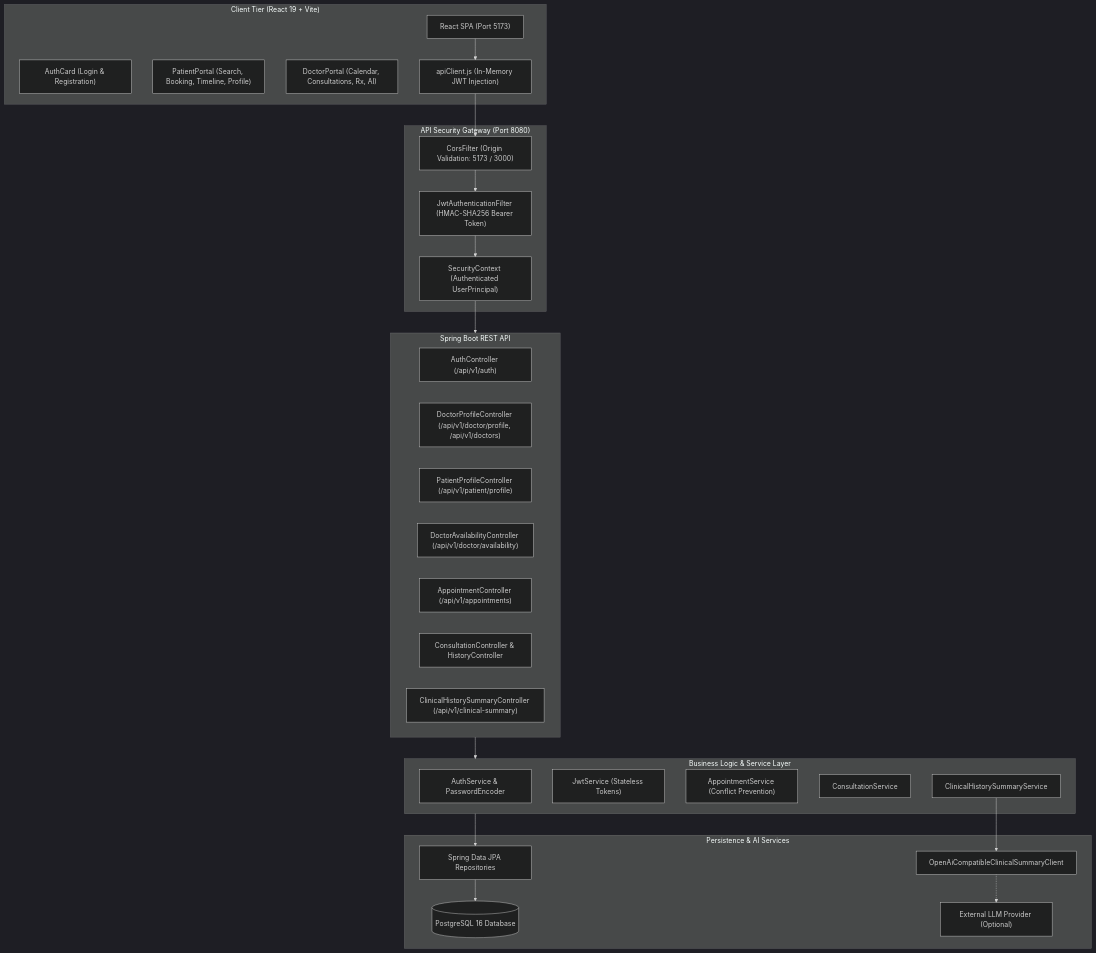
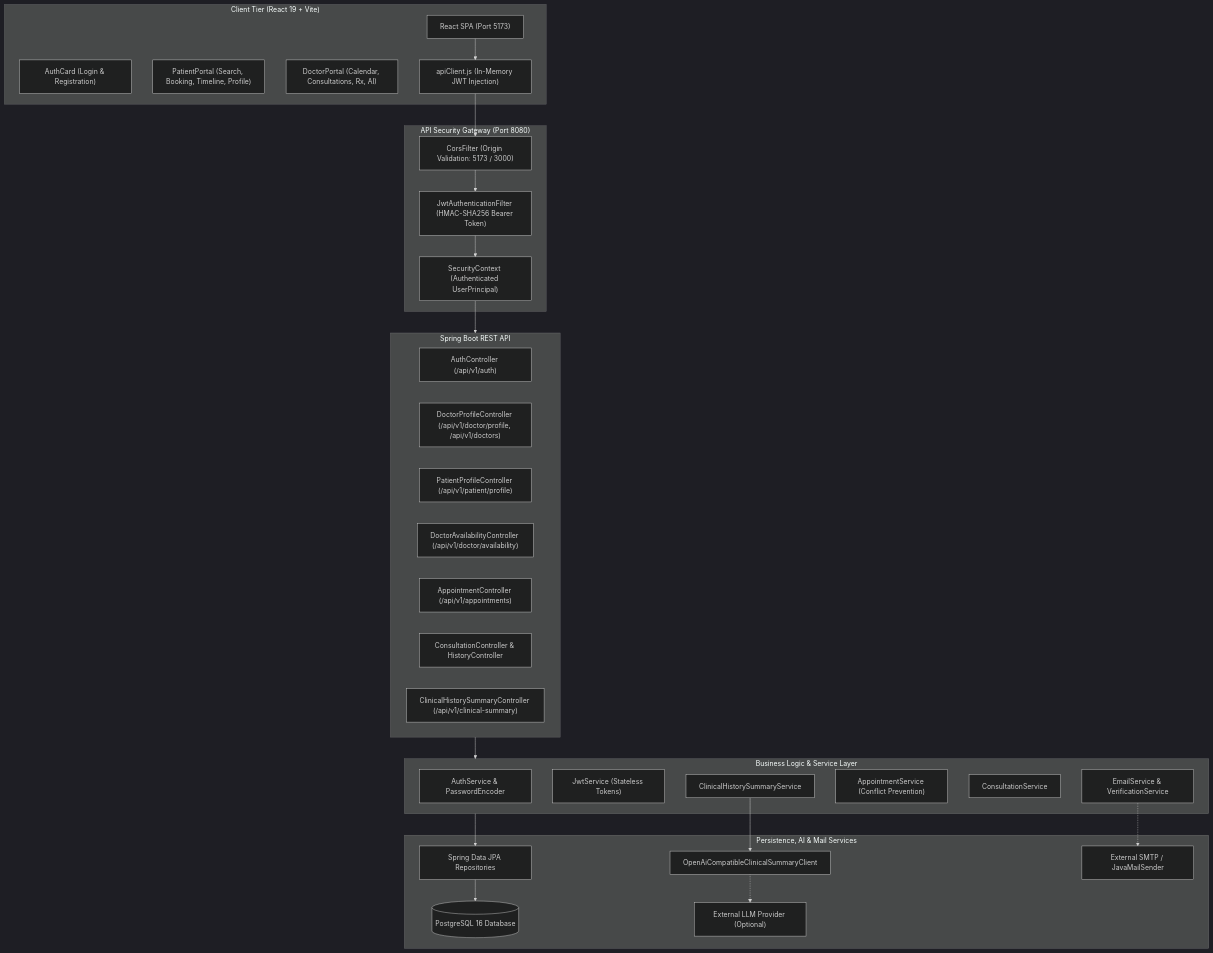
One commit to kashyappatil213/MediGuide-Care changed the diagram in README.md. Above: the diagram before and after it, drawn with Mermaid (dark theme). The commit also changed other lines of this file and 66 other files, not shown here.

````diff
--- a/README.md
+++ b/README.md
@@ -21,52 +21,55 @@
 ```mermaid
 graph TD
     subgraph Client["Client Tier (React 19 + Vite)"]
         SPA["React SPA (Port 5173)"]
         AuthComp["AuthCard (Login & Registration)"]
         PatPortal["PatientPortal (Search, Booking, Timeline, Profile)"]
         DocPortal["DoctorPortal (Calendar, Consultations, Rx, AI)"]
         ApiClient["apiClient.js (In-Memory JWT Injection)"]
     end
 
     subgraph Gateway["API Security Gateway (Port 8080)"]
         Cors["CorsFilter (Origin Validation: 5173 / 3000)"]
         JwtFilter["JwtAuthenticationFilter (HMAC-SHA256 Bearer Token)"]
         SecCtx["SecurityContext (Authenticated UserPrincipal)"]
     end
 
     subgraph REST["Spring Boot REST API"]
         AuthController["AuthController (/api/v1/auth)"]
         DoctorProfileCtrl["DoctorProfileController (/api/v1/doctor/profile, /api/v1/doctors)"]
         PatientProfileCtrl["PatientProfileController (/api/v1/patient/profile)"]
         AvailabilityCtrl["DoctorAvailabilityController (/api/v1/doctor/availability)"]
         AppointmentCtrl["AppointmentController (/api/v1/appointments)"]
         ConsultationCtrl["ConsultationController & HistoryController"]
         AiCtrl["ClinicalHistorySummaryController (/api/v1/clinical-summary)"]
     end
 
     subgraph CoreServices["Business Logic & Service Layer"]
         AuthSvc["AuthService & PasswordEncoder"]
         JwtSvc["JwtService (Stateless Tokens)"]
+        EmailSvc["EmailService & VerificationService"]
         ApptSvc["AppointmentService (Conflict Prevention)"]
         ConsultSvc["ConsultationService"]
         AiSvc["ClinicalHistorySummaryService"]
     end
 
-    subgraph Data["Persistence & AI Services"]
+    subgraph Data["Persistence, AI & Mail Services"]
         Repos["Spring Data JPA Repositories"]
         Postgres[("PostgreSQL 16 Database")]
         AiClient["OpenAiCompatibleClinicalSummaryClient"]
         LlmApi["External LLM Provider (Optional)"]
+        Smtp["External SMTP / JavaMailSender"]
     end
 
     SPA --> ApiClient
     ApiClient --> Cors
     Cors --> JwtFilter
     JwtFilter --> SecCtx
     SecCtx --> REST
     REST --> CoreServices
     CoreServices --> Repos
     Repos --> Postgres
     AiSvc --> AiClient
     AiClient -.-> LlmApi
+    EmailSvc -.-> Smtp
 ```
````
